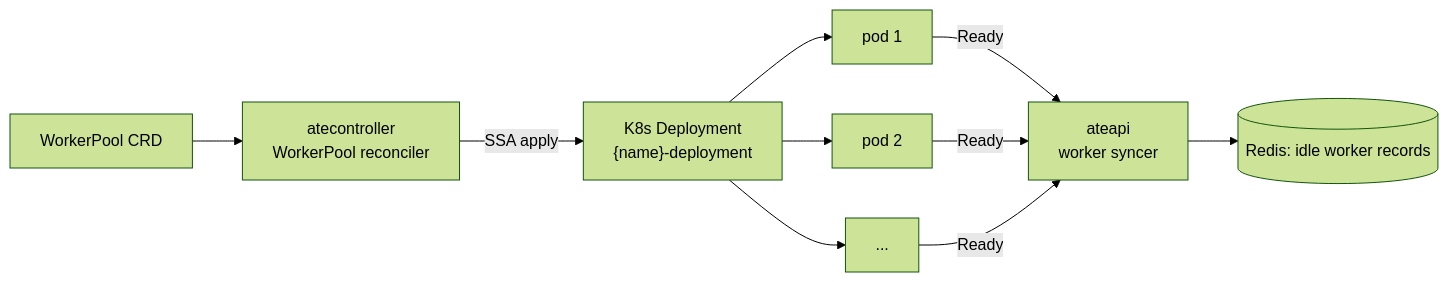
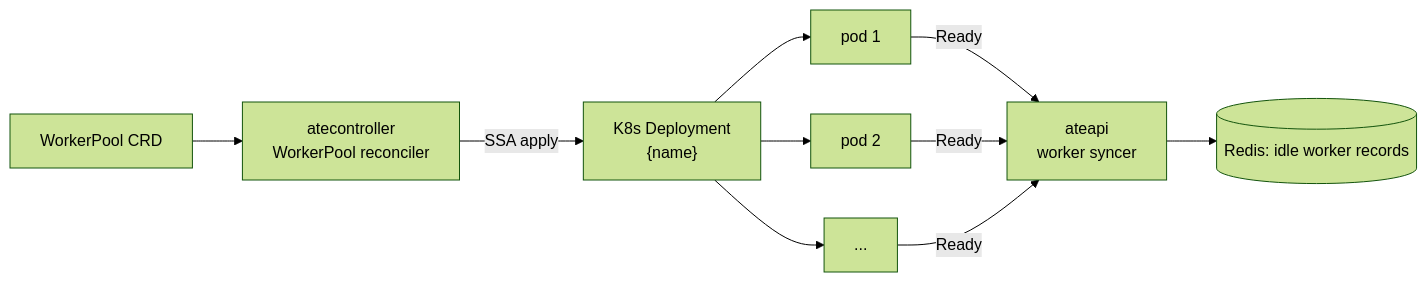
One commit to christian-posta/substrate changed the diagram in atlas/src/content/docs/concepts/workerpool.mdx. Above: the diagram before and after it, drawn with Mermaid (forest theme). The commit also changed other lines of this file and 27 other files, not shown here.

````diff
--- a/atlas/src/content/docs/concepts/workerpool.mdx
+++ b/atlas/src/content/docs/concepts/workerpool.mdx
@@ -124,15 +122,15 @@
 ```mermaid
 flowchart LR
   WP[WorkerPool CRD] --> CTR[atecontroller<br/>WorkerPool reconciler]
-  CTR -- SSA apply --> D["K8s Deployment<br/>{name}-deployment"]
+  CTR -- SSA apply --> D["K8s Deployment<br/>{name}"]
   D --> P1[pod 1]
   D --> P2[pod 2]
   D --> PN[...]
   P1 -- Ready --> S[ateapi<br/>worker syncer]
   P2 -- Ready --> S
   PN -- Ready --> S
   S --> R[(Redis: idle worker records)]
 
   click CTR "/components/atecontroller/" "atecontroller"
   click S "/components/ateapi/" "ateapi"
 ```
````
